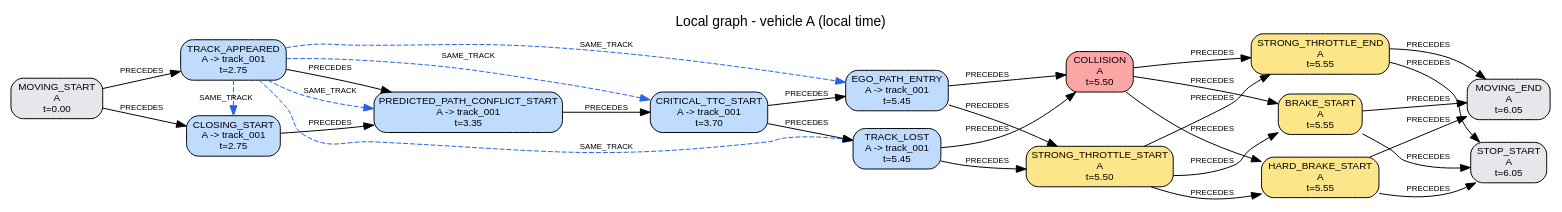
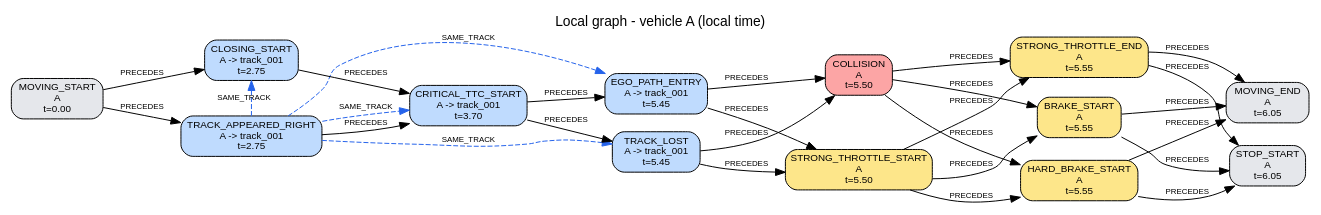
One commit to AndreaBedei1/causaldrive-forensics changed the diagram in traces/S11/run_0_rolls_through/reconstruction/A/local_graph.dot. Above: the diagram before and after it, drawn with Graphviz. The commit also changed 488 other files, not shown here.

```diff
--- a/traces/S11/run_0_rolls_through/reconstruction/A/local_graph.dot
+++ b/traces/S11/run_0_rolls_through/reconstruction/A/local_graph.dot
@@ -1,52 +1,49 @@
 digraph "local_A" {
   graph [rankdir=LR, labelloc=t, fontname=Helvetica, label="Local graph - vehicle A (local time)"];
   node [shape=box, style="rounded,filled", fontname=Helvetica, fontsize=10];
   edge [fontname=Helvetica, fontsize=8];
   "A:e01" [label="MOVING_START\nA\nt=0.00", fillcolor="#e5e7eb"];
-  "A:e02" [label="TRACK_APPEARED\nA -> track_001\nt=2.75", fillcolor="#bfdbfe"];
+  "A:e02" [label="TRACK_APPEARED_RIGHT\nA -> track_001\nt=2.75", fillcolor="#bfdbfe"];
   "A:e03" [label="CLOSING_START\nA -> track_001\nt=2.75", fillcolor="#bfdbfe"];
-  "A:e04" [label="PREDICTED_PATH_CONFLICT_START\nA -> track_001\nt=3.35", fillcolor="#bfdbfe"];
-  "A:e05" [label="CRITICAL_TTC_START\nA -> track_001\nt=3.70", fillcolor="#bfdbfe"];
-  "A:e06" [label="EGO_PATH_ENTRY\nA -> track_001\nt=5.45", fillcolor="#bfdbfe"];
-  "A:e07" [label="TRACK_LOST\nA -> track_001\nt=5.45", fillcolor="#bfdbfe"];
-  "A:e08" [label="COLLISION\nA\nt=5.50", fillcolor="#fca5a5"];
-  "A:e09" [label="STRONG_THROTTLE_START\nA\nt=5.50", fillcolor="#fde68a"];
-  "A:e10" [label="STRONG_THROTTLE_END\nA\nt=5.55", fillcolor="#fde68a"];
-  "A:e11" [label="BRAKE_START\nA\nt=5.55", fillcolor="#fde68a"];
-  "A:e12" [label="HARD_BRAKE_START\nA\nt=5.55", fillcolor="#fde68a"];
-  "A:e13" [label="MOVING_END\nA\nt=6.05", fillcolor="#e5e7eb"];
-  "A:e14" [label="STOP_START\nA\nt=6.05", fillcolor="#e5e7eb"];
+  "A:e04" [label="CRITICAL_TTC_START\nA -> track_001\nt=3.70", fillcolor="#bfdbfe"];
+  "A:e05" [label="EGO_PATH_ENTRY\nA -> track_001\nt=5.45", fillcolor="#bfdbfe"];
+  "A:e06" [label="TRACK_LOST\nA -> track_001\nt=5.45", fillcolor="#bfdbfe"];
+  "A:e07" [label="COLLISION\nA\nt=5.50", fillcolor="#fca5a5"];
+  "A:e08" [label="STRONG_THROTTLE_START\nA\nt=5.50", fillcolor="#fde68a"];
+  "A:e09" [label="STRONG_THROTTLE_END\nA\nt=5.55", fillcolor="#fde68a"];
+  "A:e10" [label="BRAKE_START\nA\nt=5.55", fillcolor="#fde68a"];
+  "A:e11" [label="HARD_BRAKE_START\nA\nt=5.55", fillcolor="#fde68a"];
+  "A:e12" [label="MOVING_END\nA\nt=6.05", fillcolor="#e5e7eb"];
+  "A:e13" [label="STOP_START\nA\nt=6.05", fillcolor="#e5e7eb"];
   {rank=same; "A:e02"; "A:e03";}
-  {rank=same; "A:e06"; "A:e07";}
-  {rank=same; "A:e08"; "A:e09";}
-  {rank=same; "A:e10"; "A:e11"; "A:e12";}
-  {rank=same; "A:e13"; "A:e14";}
+  {rank=same; "A:e05"; "A:e06";}
+  {rank=same; "A:e07"; "A:e08";}
+  {rank=same; "A:e09"; "A:e10"; "A:e11";}
+  {rank=same; "A:e12"; "A:e13";}
   "A:e01" -> "A:e02" [label="PRECEDES"];
   "A:e01" -> "A:e03" [label="PRECEDES"];
   "A:e02" -> "A:e04" [label="PRECEDES"];
   "A:e03" -> "A:e04" [label="PRECEDES"];
   "A:e04" -> "A:e05" [label="PRECEDES"];
-  "A:e05" -> "A:e06" [label="PRECEDES"];
+  "A:e04" -> "A:e06" [label="PRECEDES"];
   "A:e05" -> "A:e07" [label="PRECEDES"];
+  "A:e05" -> "A:e08" [label="PRECEDES"];
+  "A:e06" -> "A:e07" [label="PRECEDES"];
   "A:e06" -> "A:e08" [label="PRECEDES"];
-  "A:e06" -> "A:e09" [label="PRECEDES"];
-  "A:e07" -> "A:e08" [label="PRECEDES"];
   "A:e07" -> "A:e09" [label="PRECEDES"];
+  "A:e07" -> "A:e10" [label="PRECEDES"];
+  "A:e07" -> "A:e11" [label="PRECEDES"];
+  "A:e08" -> "A:e09" [label="PRECEDES"];
   "A:e08" -> "A:e10" [label="PRECEDES"];
   "A:e08" -> "A:e11" [label="PRECEDES"];
-  "A:e08" -> "A:e12" [label="PRECEDES"];
-  "A:e09" -> "A:e10" [label="PRECEDES"];
-  "A:e09" -> "A:e11" [label="PRECEDES"];
   "A:e09" -> "A:e12" [label="PRECEDES"];
+  "A:e09" -> "A:e13" [label="PRECEDES"];
+  "A:e10" -> "A:e12" [label="PRECEDES"];
   "A:e10" -> "A:e13" [label="PRECEDES"];
-  "A:e10" -> "A:e14" [label="PRECEDES"];
+  "A:e11" -> "A:e12" [label="PRECEDES"];
   "A:e11" -> "A:e13" [label="PRECEDES"];
-  "A:e11" -> "A:e14" [label="PRECEDES"];
-  "A:e12" -> "A:e13" [label="PRECEDES"];
-  "A:e12" -> "A:e14" [label="PRECEDES"];
   "A:e02" -> "A:e03" [label="SAME_TRACK", style=dashed, color="#2563eb", constraint=false];
   "A:e02" -> "A:e04" [label="SAME_TRACK", style=dashed, color="#2563eb", constraint=false];
   "A:e02" -> "A:e05" [label="SAME_TRACK", style=dashed, color="#2563eb", constraint=false];
   "A:e02" -> "A:e06" [label="SAME_TRACK", style=dashed, color="#2563eb", constraint=false];
-  "A:e02" -> "A:e07" [label="SAME_TRACK", style=dashed, color="#2563eb", constraint=false];
 }
```
